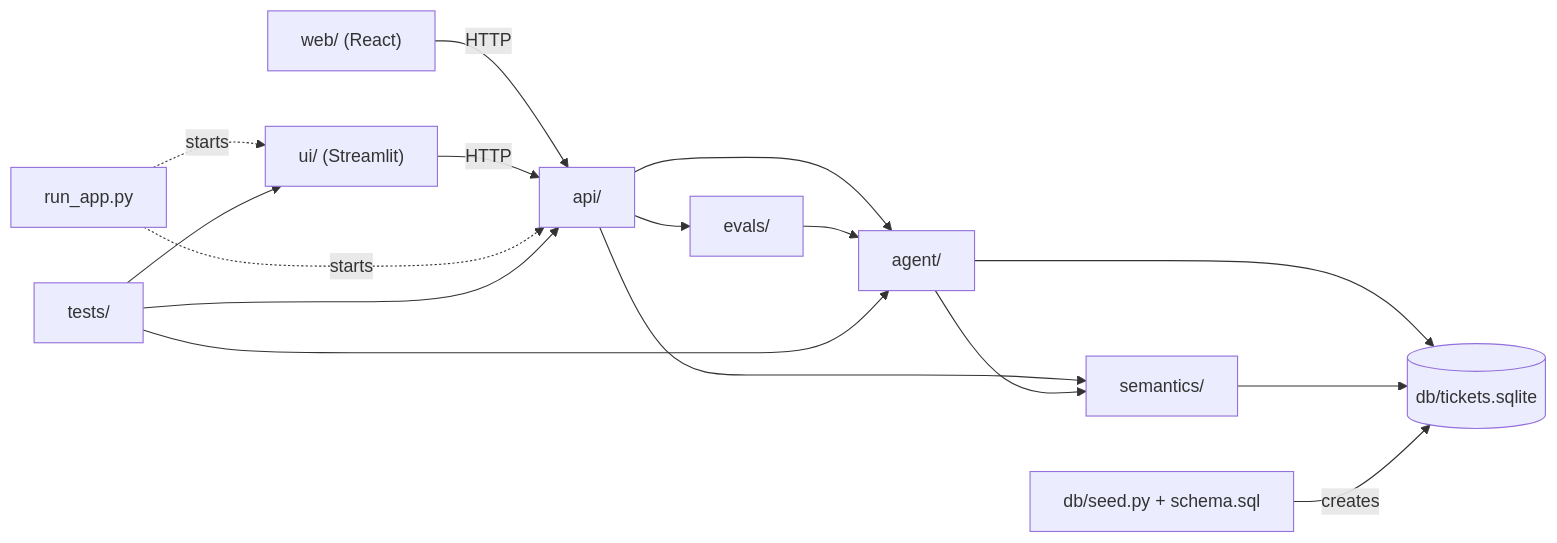
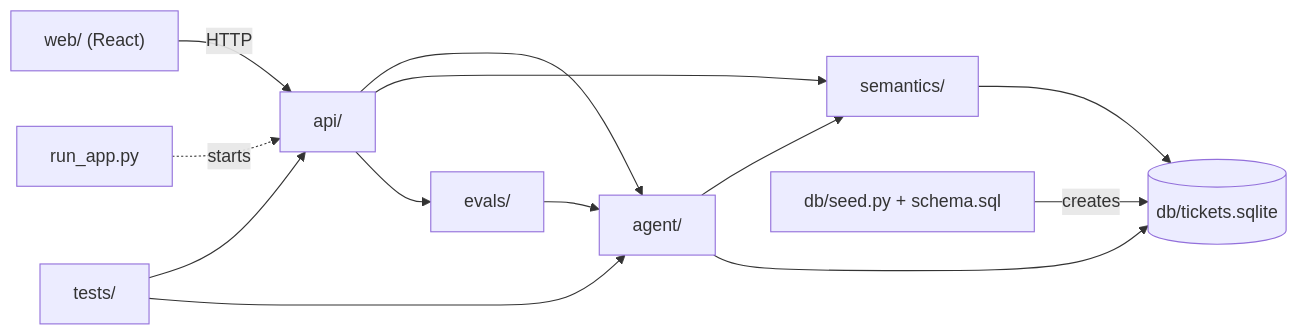
One commit to Mital-Bhalani/itsm-nl2sql-platform changed the diagram in End-to-End/02-Folder-Hierarchy.md. Above: the diagram before and after it, drawn with Mermaid. The commit also changed other lines of this file and 81 other files, not shown here.

First line of the commit message:
Remove Streamlit UI, add multi-model agent, state store and UI polish

````diff
--- a/End-to-End/02-Folder-Hierarchy.md
+++ b/End-to-End/02-Folder-Hierarchy.md
@@ -119,15 +100,14 @@
 ```mermaid
 flowchart LR
     web["web/ (React)"] -->|HTTP| api
-    ui["ui/ (Streamlit)"] -->|HTTP| api
-    run["run_app.py"] -.starts.-> api & ui
+    run["run_app.py"] -.starts.-> api
     api["api/"] --> agent["agent/"]
     api --> semantics
     api --> evals["evals/"]
     evals --> agent
     agent --> semantics["semantics/"]
     agent --> dbfile[("db/tickets.sqlite")]
     semantics --> dbfile
     seed["db/seed.py + schema.sql"] -->|creates| dbfile
-    tests["tests/"] --> api & agent & ui
+    tests["tests/"] --> api & agent
 ```
````
